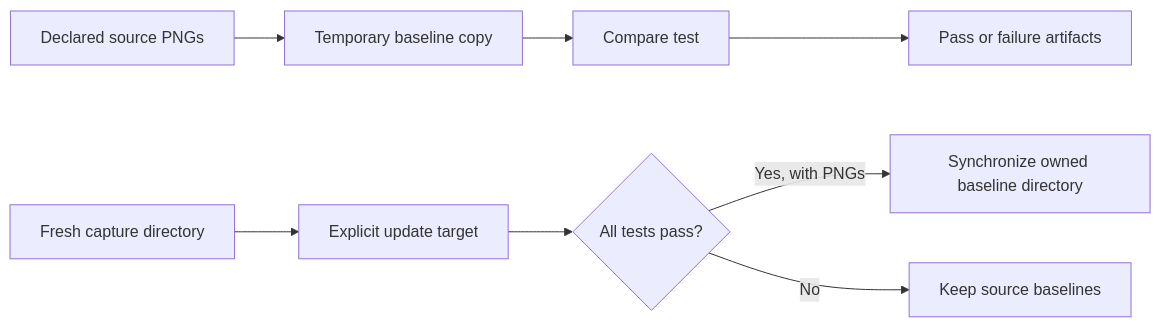
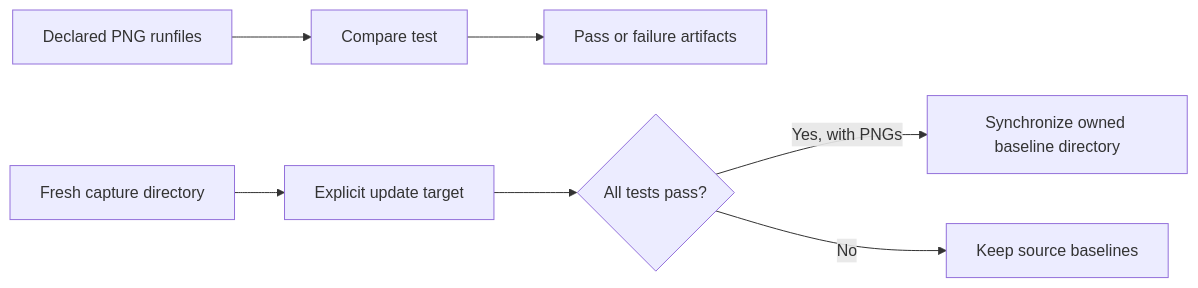
One commit to perplexityai/rules_web_e2e changed the first of 2 diagrams in docs/visual-testing-design.md. Above: the diagram before and after it, drawn with Mermaid. The commit also changed 4 other files, not shown here.

First line of the commit message:
refactor: compare snapshots directly from Bazel runfiles (#86)

````diff
--- a/docs/visual-testing-design.md
+++ b/docs/visual-testing-design.md
@@ -31,10 +31,9 @@
 ```mermaid
 flowchart LR
-  Sources[Declared source PNGs] --> Copy[Temporary baseline copy]
-  Copy --> Compare[Compare test]
+  Sources[Declared PNG runfiles] --> Compare[Compare test]
   Compare --> Result[Pass or failure artifacts]
   Fresh[Fresh capture directory] --> Capture[Explicit update target]
   Capture --> Success{All tests pass?}
   Success -->|Yes, with PNGs| Sync[Synchronize owned baseline directory]
   Success -->|No| Keep[Keep source baselines]
 ```
````
